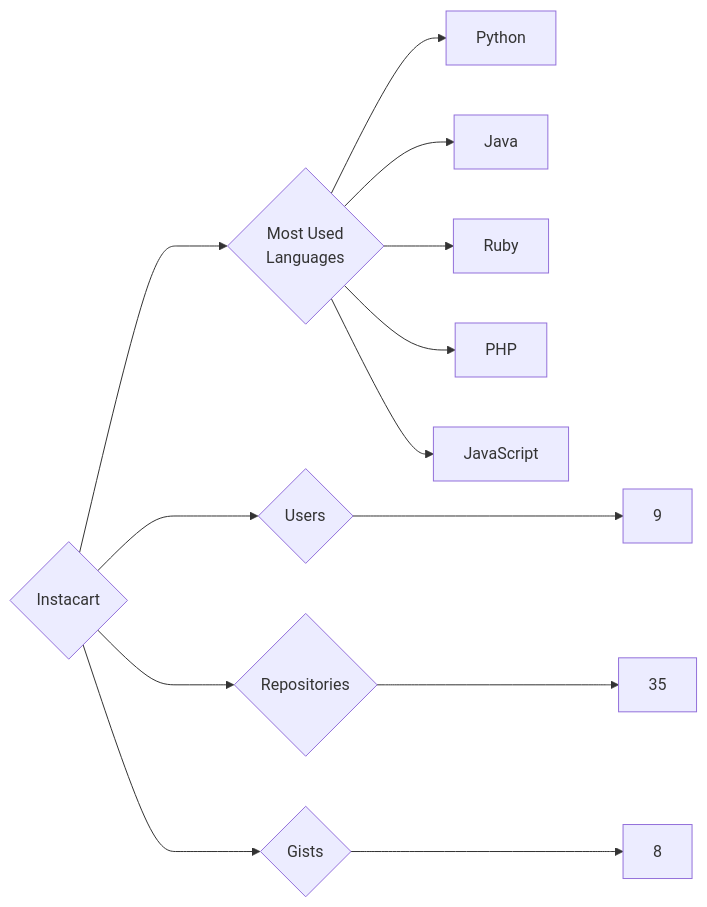
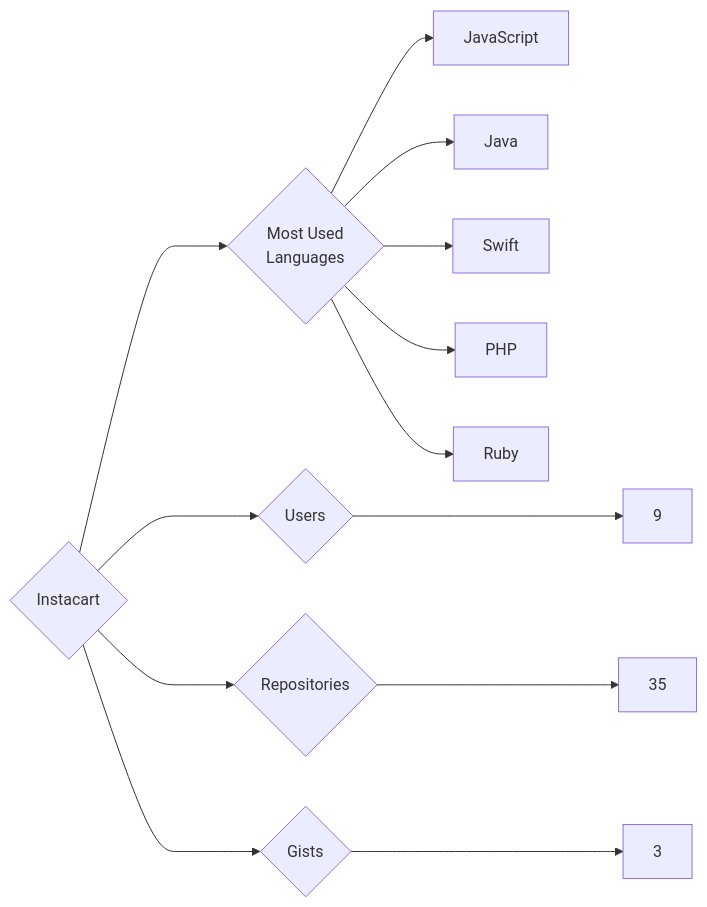
Before and after one commit to trickest/insiders: the diagram in targets/Instacart/README.md, drawn with Mermaid. The commit also changed 1148 other files, not shown here.

````diff
--- a/targets/Instacart/README.md
+++ b/targets/Instacart/README.md
@@ -3,13 +3,13 @@
 ```mermaid
 graph LR
 COMPANY_NAME{Instacart}
 COMPANY_NAME ---> U{Users} ---> UN[9]
 COMPANY_NAME ---> R{Repositories} ---> RN[35]
-COMPANY_NAME ---> G{Gists} ---> GN[8]
+COMPANY_NAME ---> G{Gists} ---> GN[3]
 COMPANY_NAME ---> ML{Most Used<br>Languages}
-ML --> Python[Python]
+ML --> JavaScript[JavaScript]
 ML --> Java[Java]
+ML --> Swift[Swift]
+ML --> PHP[PHP]
 ML --> Ruby[Ruby]
-ML --> PHP[PHP]
-ML --> JavaScript[JavaScript]
 ```
````
